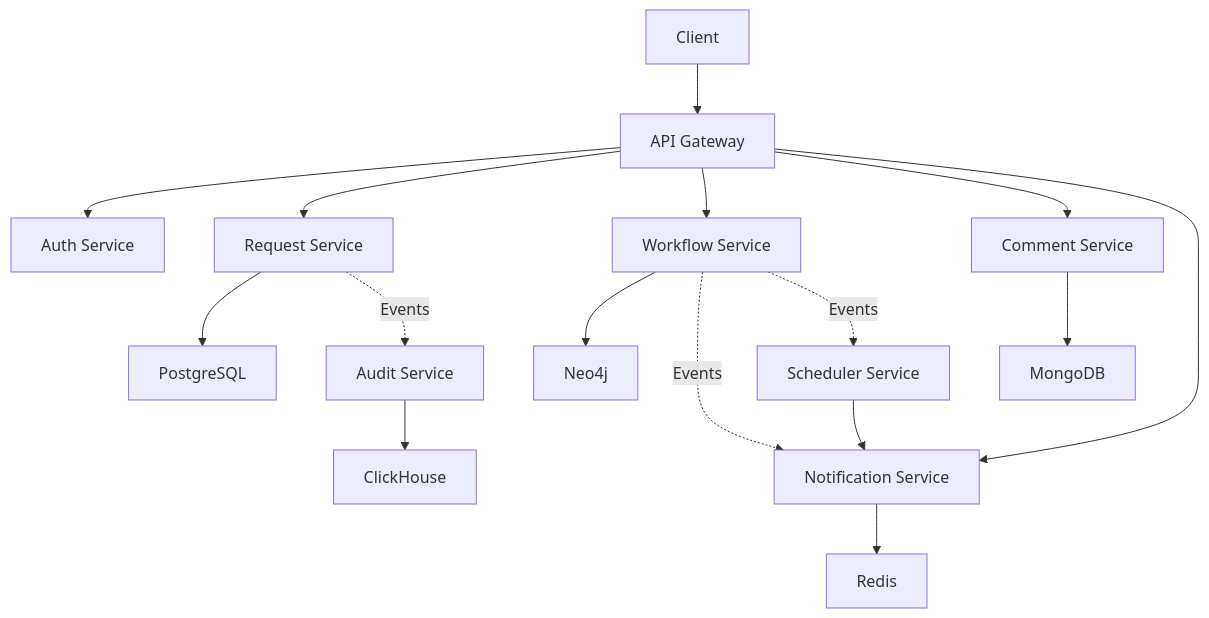
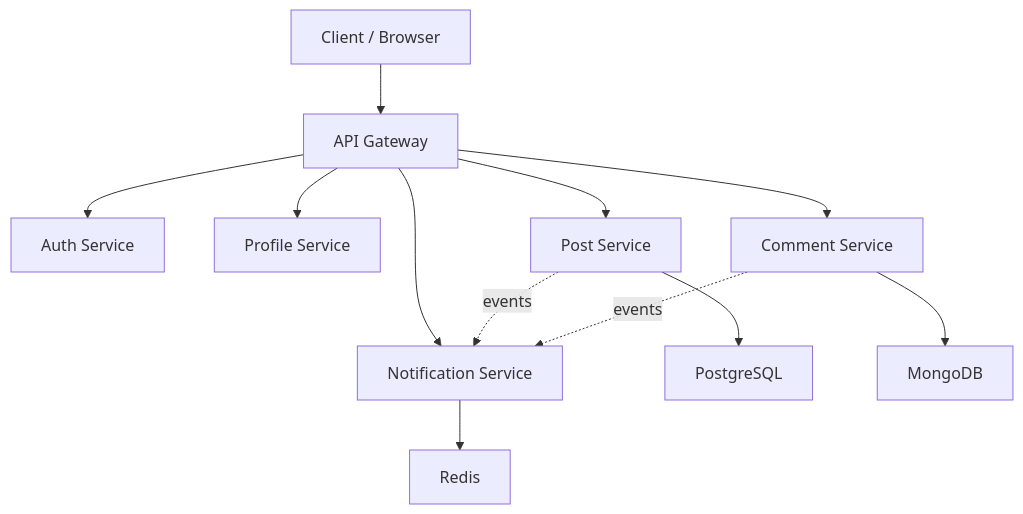
The diagram in README.md (A4AD-team/backend), drawn with Mermaid before and after one commit. The commit also changed other lines of this file and 2 other files, not shown here.

````diff
--- a/README.md
+++ b/README.md
@@ -31,21 +30,16 @@
 ```mermaid
 graph TD
-    A[Client] --> B[API Gateway]
+    A[Client / Browser] --> B[API Gateway]
     B --> C[Auth Service]
-    B --> D[Request Service]
-    B --> E[Workflow Service]
+    B --> D[Profile Service]
+    B --> E[Post Service]
     B --> F[Comment Service]
     B --> G[Notification Service]
-    
-    D --> H[PostgreSQL]
-    E --> I[Neo4j]
-    F --> J[MongoDB]
-    G --> K[Redis]
-    
-    L[Scheduler Service] --> G
-    M[Audit Service] --> N[ClickHouse]
-    
-    E -.-> |Events| G
-    E -.-> |Events| L
-    D -.-> |Events| M
+
+    E --> H[PostgreSQL]
+    F --> I[MongoDB]
+    G --> J[Redis]
+
+    E -.->|events| G
+    F -.->|events| G
 ```
````
